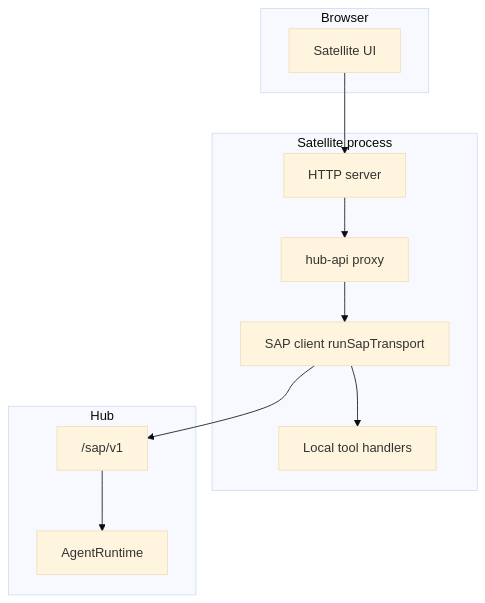
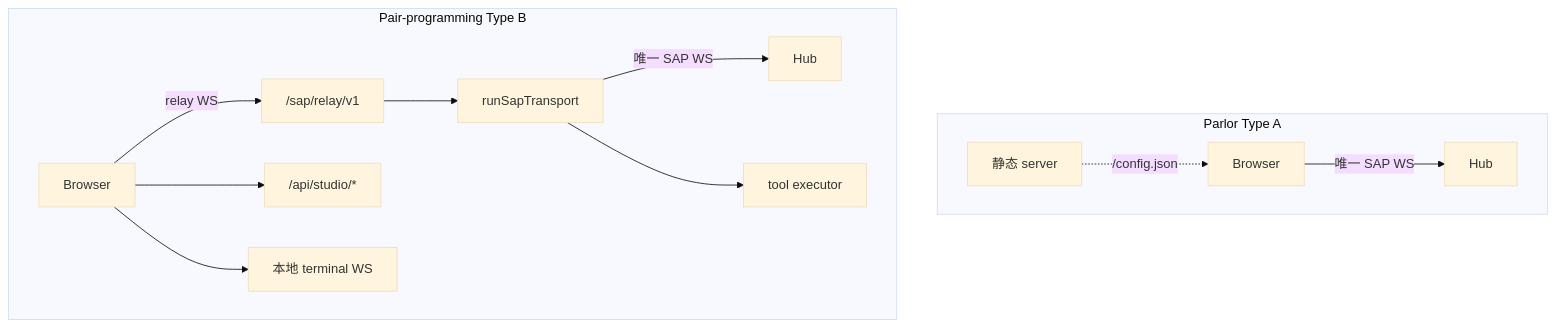
The diagram in docs/sap/satellite-guide.md (freeanima-org/freeanima), drawn with Mermaid (base theme) before and after one commit. The commit also changed other lines of this file and 24 other files, not shown here.

First line of the commit message:
feat(sap): 结对编程 relay 单 Hub WS 与卫星侧 PTY/工具

````diff
--- a/docs/sap/satellite-guide.md
+++ b/docs/sap/satellite-guide.md
@@ -58,22 +72,16 @@
 ```mermaid
 flowchart TB
-  subgraph browser [Browser]
-    UI[Satellite UI]
+  subgraph parlor [Parlor Type A]
+    B1[Browser] -->|唯一 SAP WS| Hub1[Hub]
+    S1[静态 server] -.->|/config.json| B1
   end
-  subgraph satelliteProcess [Satellite process]
-    HTTP[HTTP server]
-    HubApi[hub-api proxy]
-    SapClient[SAP client runSapTransport]
-    LocalTools[Local tool handlers]
+
+  subgraph ppy [Pair-programming Type B]
+    B2[Browser] -->|relay WS| Relay["/sap/relay/v1"]
+    Relay --> ProcSAP[runSapTransport]
+    ProcSAP -->|唯一 SAP WS| Hub2[Hub]
+    B2 --> LocalFS["/api/studio/*"]
+    B2 --> LocalPTY[本地 terminal WS]
+    ProcSAP --> ToolExec[tool executor]
   end
-  subgraph hub [Hub]
-    SapWs["/sap/v1"]
-    Runtime[AgentRuntime]
-  end
-  UI --> HTTP
-  HTTP --> HubApi
-  HubApi --> SapClient
-  SapClient --> SapWs
-  SapWs --> Runtime
-  SapClient --> LocalTools
 ```
````
